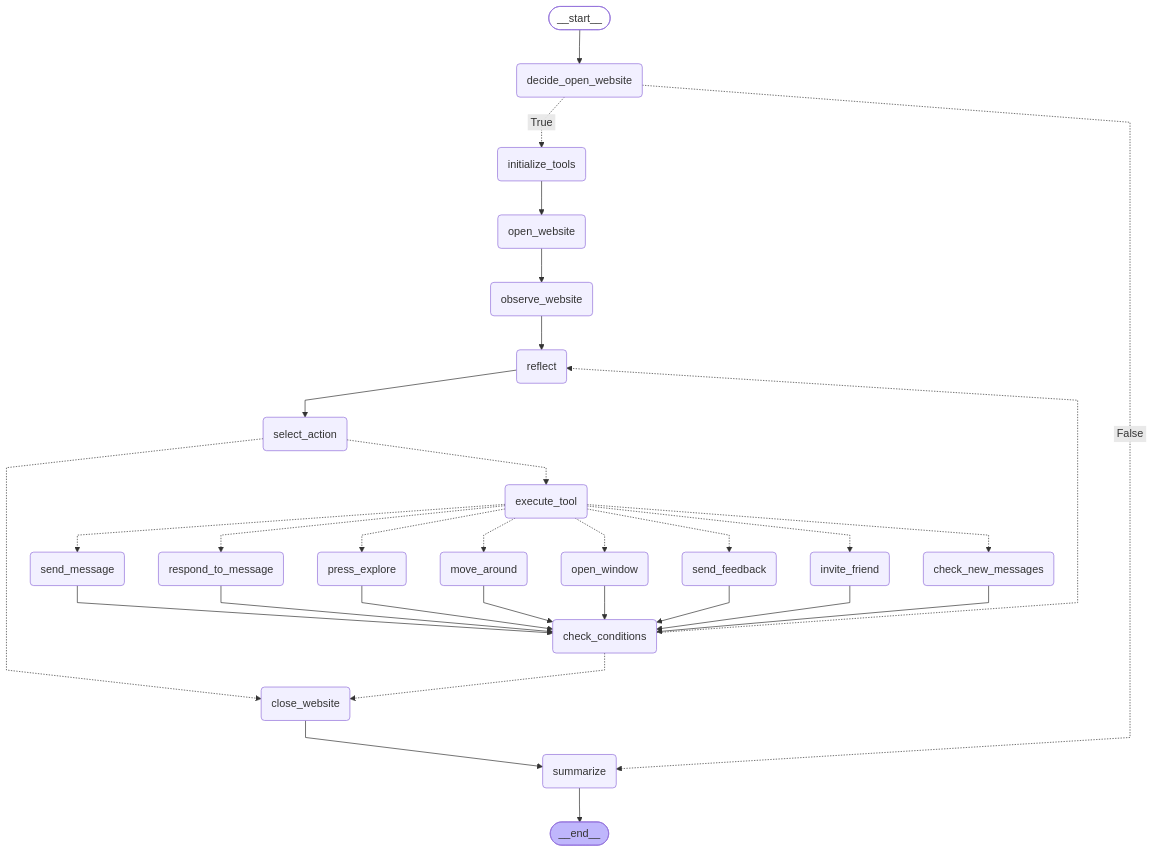
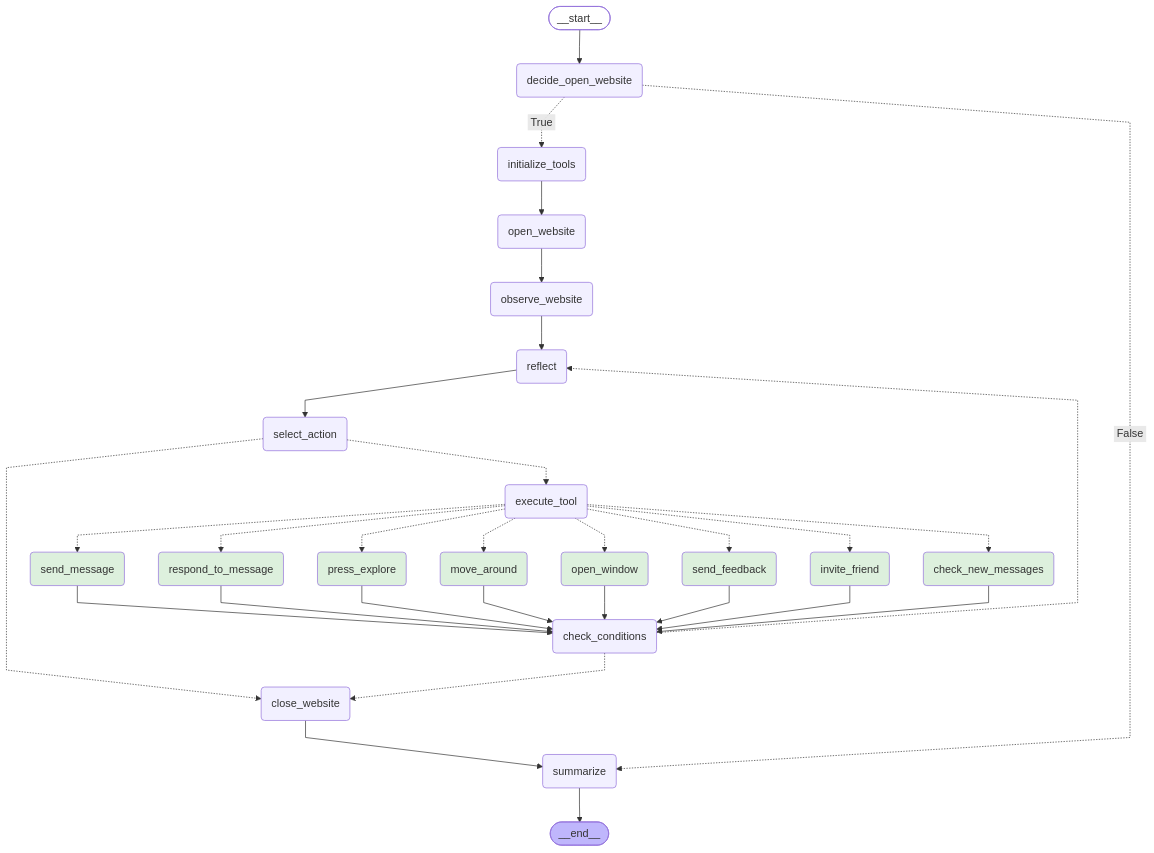
One commit to udsey/void-walker changed the diagram in README.md. Above: the diagram before and after it, drawn with Mermaid. The commit also changed other lines of this file and 8 other files, not shown here.

````diff
--- a/README.md
+++ b/README.md
@@ -185,61 +185,62 @@
 ```mermaid
 ---
 config:
   flowchart:
     curve: linear
 ---
 graph TD;
     __start__([<p>__start__</p>]):::first
 check_conditions(check_conditions)
 close_website(close_website)
 decide_open_website(decide_open_website)
 execute_tool(execute_tool)
 initialize_tools(initialize_tools)
 observe_website(observe_website)
 open_website(open_website)
 reflect(reflect)
 select_action(select_action)
 summarize(summarize)
-send_message(send_message)
-respond_to_message(respond_to_message)
-press_explore(press_explore)
-move_around(move_around)
-open_window(open_window)
-send_feedback(send_feedback)
-invite_friend(invite_friend)
-check_new_messages(check_new_messages)
+send_message(send_message):::tool
+respond_to_message(respond_to_message):::tool
+press_explore(press_explore):::tool
+move_around(move_around):::tool
+open_window(open_window):::tool
+send_feedback(send_feedback):::tool
+invite_friend(invite_friend):::tool
+check_new_messages(check_new_messages):::tool
     __end__([<p>__end__</p>]):::last
     __start__ --> decide_open_website;
 check_conditions -.-> close_website;
 check_conditions -.-> reflect;
 close_website --> summarize;
 decide_open_website -. &nbsp;True&nbsp; .-> initialize_tools;
 decide_open_website -. &nbsp;False&nbsp; .-> summarize;
 execute_tool -.-> send_message;
 execute_tool -.-> respond_to_message;
 execute_tool -.-> press_explore;
 execute_tool -.-> move_around;
 execute_tool -.-> open_window;
 execute_tool -.-> send_feedback;
 execute_tool -.-> invite_friend;
 execute_tool -.-> check_new_messages;
 send_message --> check_conditions;
 respond_to_message --> check_conditions;
 press_explore --> check_conditions;
 move_around --> check_conditions;
 open_window --> check_conditions;
 send_feedback --> check_conditions;
 invite_friend --> check_conditions;
 check_new_messages --> check_conditions;
 initialize_tools --> open_website;
 observe_website --> reflect;
 open_website --> observe_website;
 reflect --> select_action;
 select_action -.-> close_website;
 select_action -.-> execute_tool;
 summarize --> __end__;
 classDef default fill:#f2f0ff,line-height:1.2
 classDef first fill-opacity:0
 classDef last fill:#bfb6fc
+classDef tool fill:#ddf0dd,line-height:1.2
 
 ```
````
